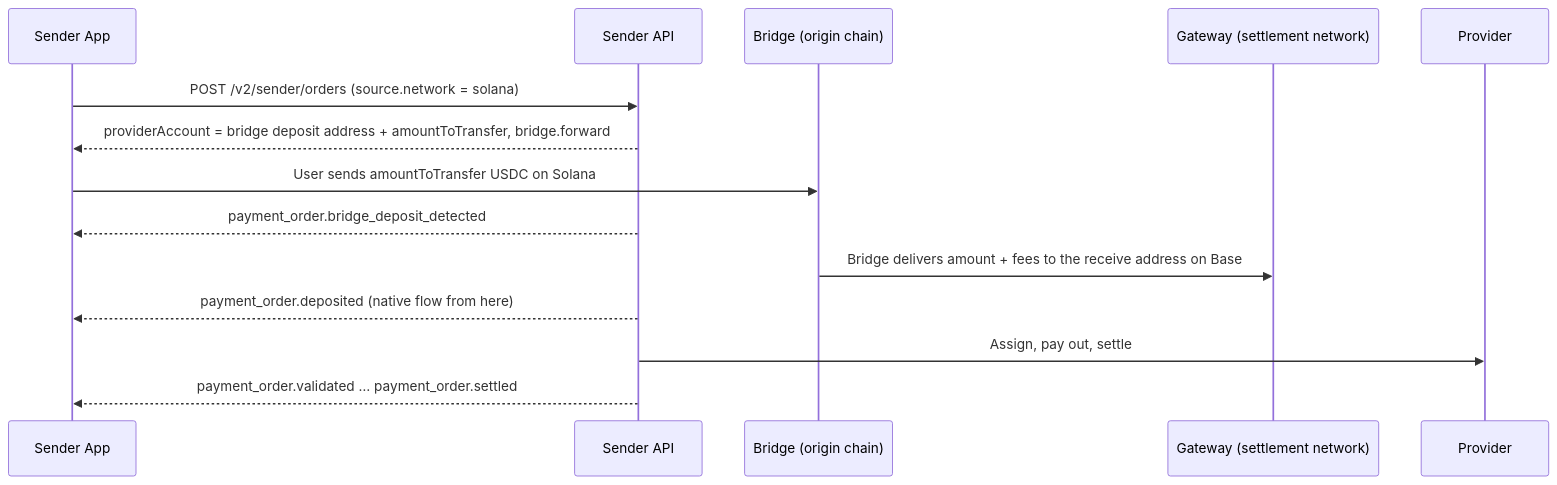
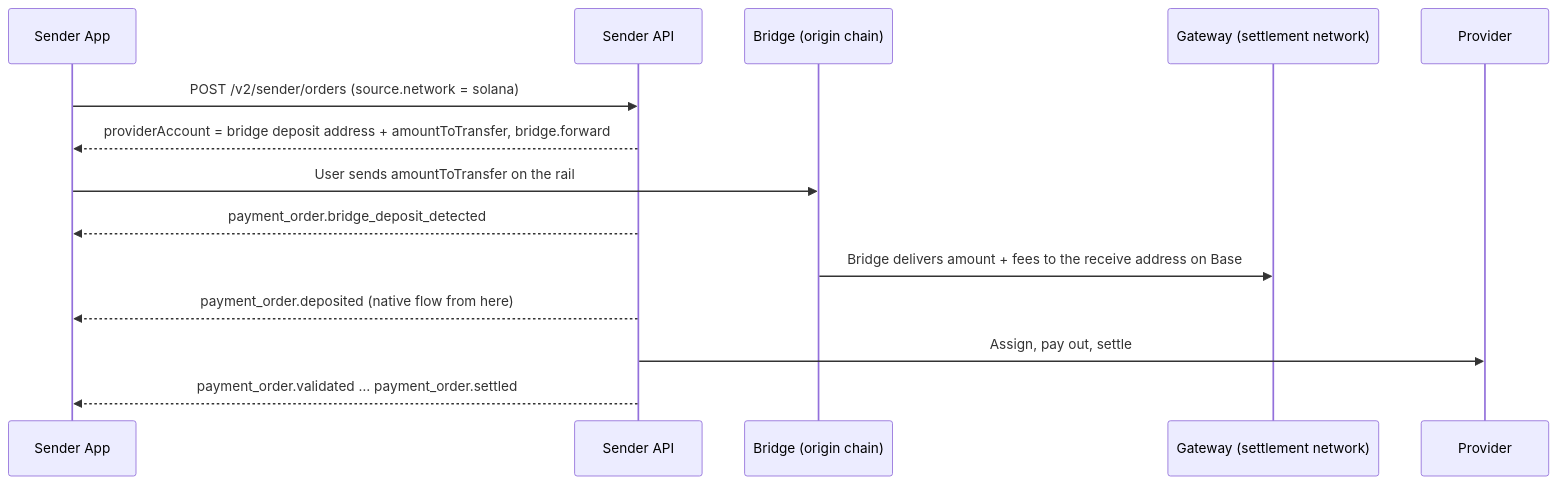
Before and after one commit to paycrest/docs: the diagram in implementation-guides/bridge-rails.mdx, drawn with Mermaid. The commit also changed other lines of this file and 2 other files, not shown here.

Commit message:
docs(bridge-rails): drop the Solana-first framing

````diff
--- a/implementation-guides/bridge-rails.mdx
+++ b/implementation-guides/bridge-rails.mdx
@@ -31,17 +31,17 @@
 ```mermaid
 sequenceDiagram
     participant App as Sender App
     participant API as Sender API
     participant BR as Bridge (origin chain)
     participant GW as Gateway (settlement network)
     participant PRV as Provider
 
     App->>API: POST /v2/sender/orders (source.network = solana)
     API-->>App: providerAccount = bridge deposit address + amountToTransfer, bridge.forward
-    App->>BR: User sends amountToTransfer USDC on Solana
+    App->>BR: User sends amountToTransfer on the rail
     API-->>App: payment_order.bridge_deposit_detected
     BR->>GW: Bridge delivers amount + fees to the receive address on Base
     API-->>App: payment_order.deposited (native flow from here)
     API->>PRV: Assign, pay out, settle
     API-->>App: payment_order.validated … payment_order.settled
 ```
````
